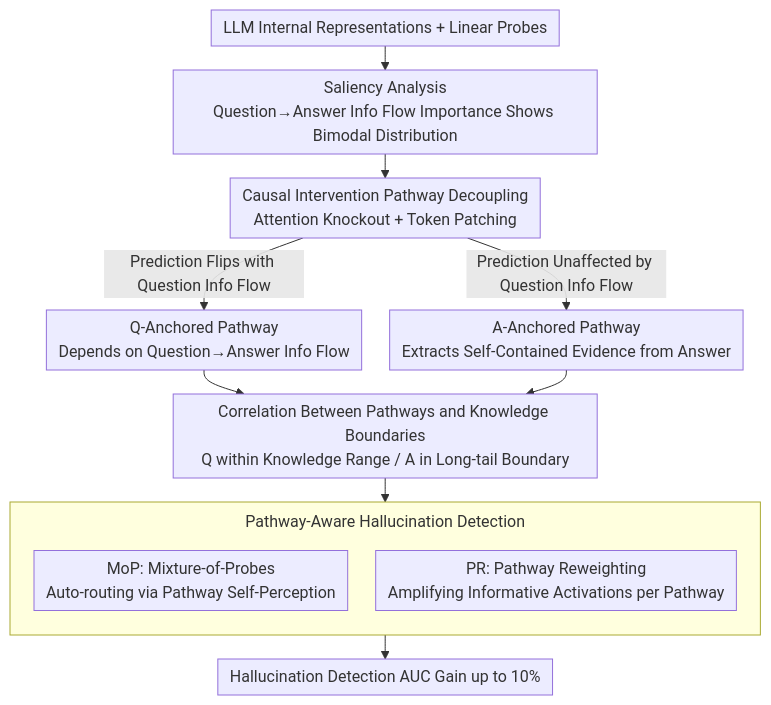
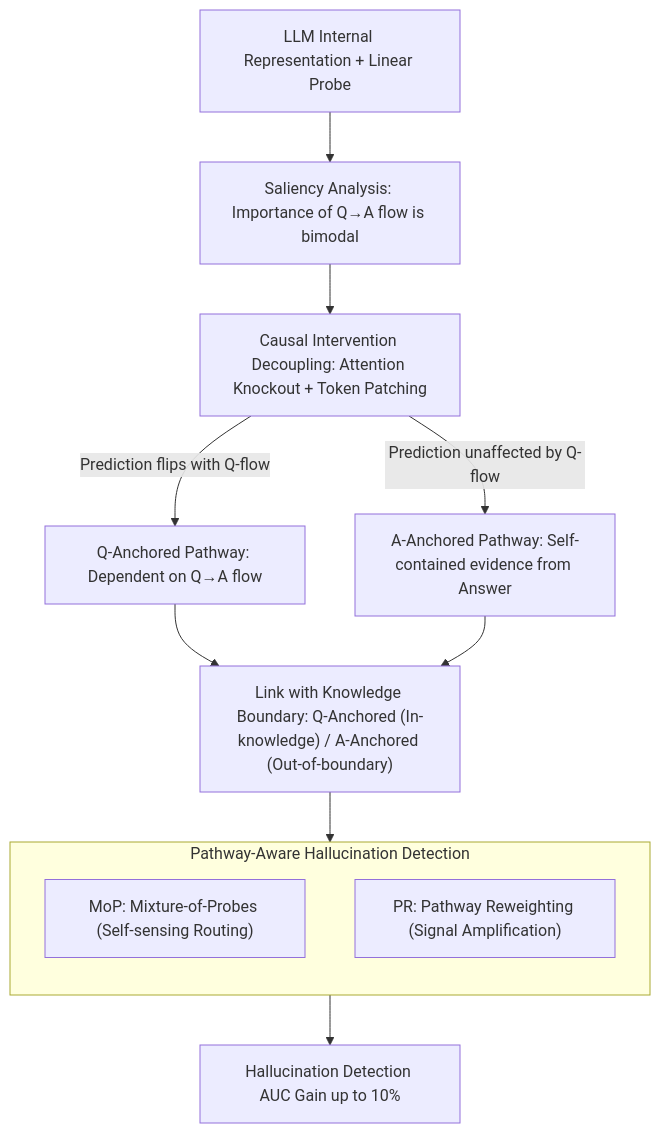
The diagram in docs/ACL2026/hallucination/two_pathways_to_truthfulness_on_the_intrinsic_encoding_of_llm_hallucinations.md (zhaoyang97/Paper-Notes-en), drawn with Mermaid before and after one commit. The commit also changed other lines of this file and 5084 other files, not shown here.

````diff
--- a/docs/ACL2026/hallucination/two_pathways_to_truthfulness_on_the_intrinsic_encoding_of_llm_hallucinations.md
+++ b/docs/ACL2026/hallucination/two_pathways_to_truthfulness_on_the_intrinsic_encoding_of_llm_hallucinations.md
@@ -45,17 +45,16 @@
 ```mermaid
-%%{init: {'flowchart': {'rankSpacing': 24, 'nodeSpacing': 28, 'padding': 6, 'wrappingWidth': 400, 'subGraphTitleMargin': {'top': 8, 'bottom': 16}}}}%%
-flowchart TD
-    A["LLM Internal Representations + Linear Probes"] --> B["Saliency Analysis<br/>Question→Answer Info Flow Importance Shows Bimodal Distribution"]
-    B --> C["Causal Intervention Pathway Decoupling<br/>Attention Knockout + Token Patching"]
-    C -->|Prediction Flips with Question Info Flow| D["Q-Anchored Pathway<br/>Depends on Question→Answer Info Flow"]
-    C -->|Prediction Unaffected by Question Info Flow| E["A-Anchored Pathway<br/>Extracts Self-Contained Evidence from Answer"]
-    D --> F["Correlation Between Pathways and Knowledge Boundaries<br/>Q within Knowledge Range / A in Long-tail Boundary"]
+graph TD
+    A["LLM Internal Representation + Linear Probe"] --> B["Saliency Analysis: Importance of Q→A flow is bimodal"]
+    B --> C["Causal Intervention Decoupling: Attention Knockout + Token Patching"]
+    C -->|Prediction flips with Q-flow| D["Q-Anchored Pathway: Dependent on Q→A flow"]
+    C -->|Prediction unaffected by Q-flow| E["A-Anchored Pathway: Self-contained evidence from Answer"]
+    D --> F["Link with Knowledge Boundary: Q-Anchored (In-knowledge) / A-Anchored (Out-of-boundary)"]
     E --> F
     F --> G
     subgraph G["Pathway-Aware Hallucination Detection"]
         direction TB
-        H["MoP: Mixture-of-Probes<br/>Auto-routing via Pathway Self-Perception"]
-        I["PR: Pathway Reweighting<br/>Amplifying Informative Activations per Pathway"]
+        H["MoP: Mixture-of-Probes (Self-sensing Routing)"]
+        I["PR: Pathway Reweighting (Signal Amplification)"]
     end
     G --> J["Hallucination Detection AUC Gain up to 10%"]
 ```
````
